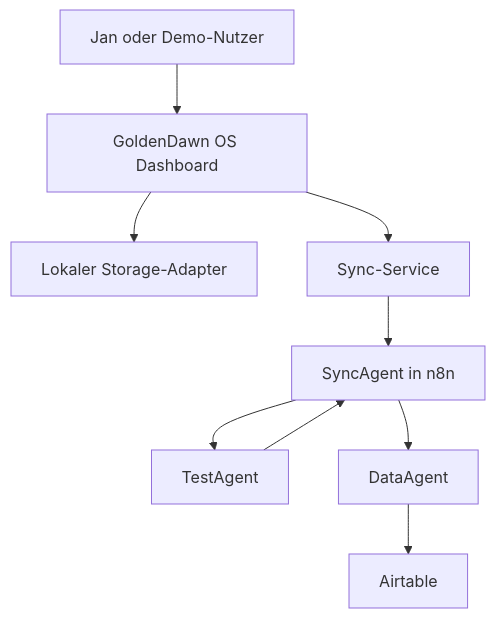
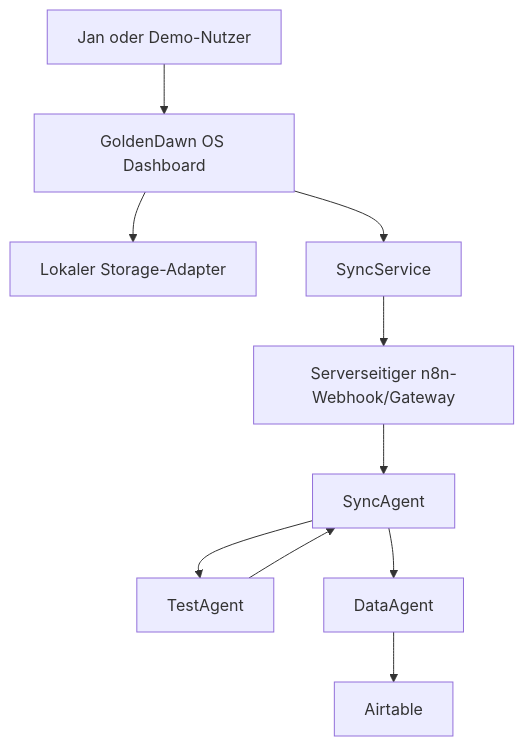
The first of 2 diagrams in docs/architecture.md (Varudan/goldendawn-os), drawn with Mermaid before and after one commit. The commit also changed other lines of this file and 10 other files, not shown here.

````diff
--- a/docs/architecture.md
+++ b/docs/architecture.md
@@ -58,11 +58,12 @@
 ```mermaid
 flowchart TD
     User["Jan oder Demo-Nutzer"] --> UI["GoldenDawn OS Dashboard"]
     UI --> Local["Lokaler Storage-Adapter"]
-    UI --> Sync["Sync-Service"]
-    Sync --> Router["SyncAgent in n8n"]
+    UI --> Sync["SyncService"]
+    Sync --> Gateway["Serverseitiger n8n-Webhook/Gateway"]
+    Gateway --> Router["SyncAgent"]
     Router --> Test["TestAgent"]
     Router --> Data["DataAgent"]
     Test --> Router
     Data --> Airtable["Airtable"]
 ```
````
